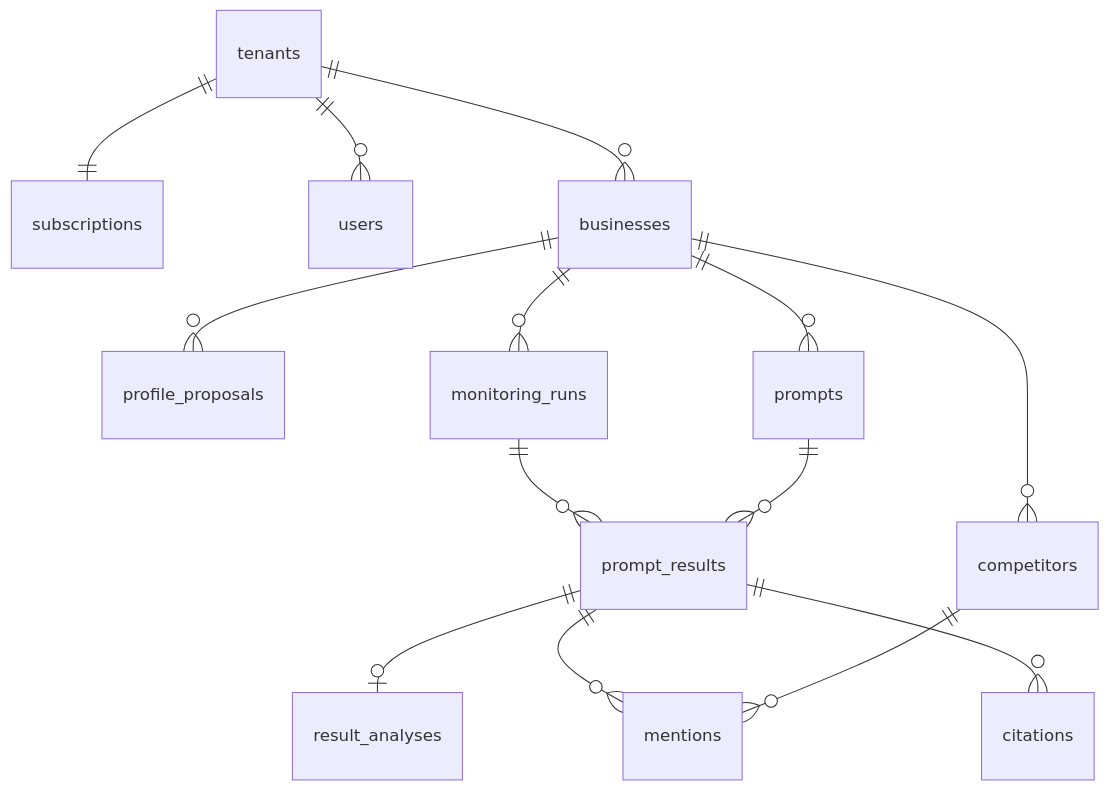
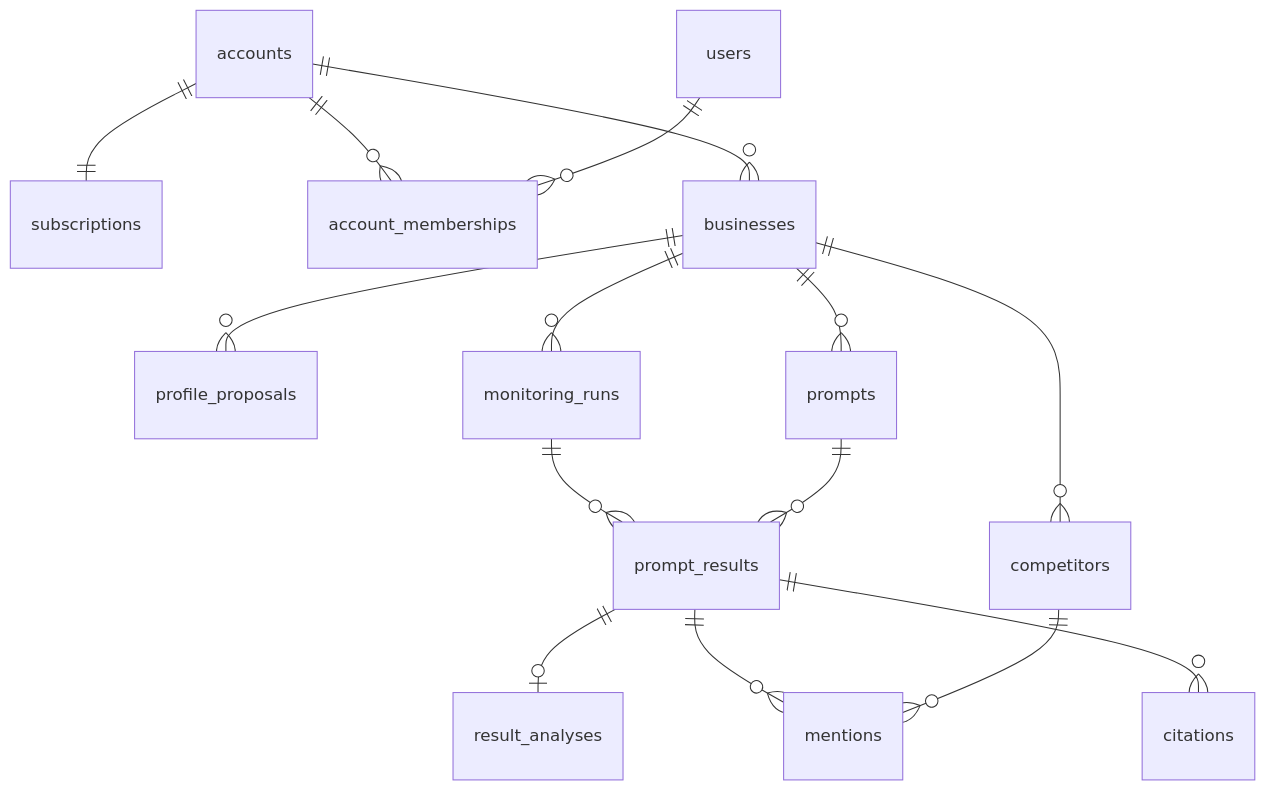
One commit to tanjoshua/opensight changed the diagram in docs/design/02-data-model.md. Above: the diagram before and after it, drawn with Mermaid. The commit also changed other lines of this file and 159 other files, not shown here.

````diff
--- a/docs/design/02-data-model.md
+++ b/docs/design/02-data-model.md
@@ -14,16 +14,17 @@
 ```mermaid
 erDiagram
-    tenants ||--|| subscriptions : ""
-    tenants ||--o{ users : ""
-    tenants ||--o{ businesses : ""
+    accounts ||--|| subscriptions : ""
+    accounts ||--o{ account_memberships : ""
+    users ||--o{ account_memberships : ""
+    accounts ||--o{ businesses : ""
     businesses ||--o{ profile_proposals : ""
     businesses ||--o{ prompts : ""
     businesses ||--o{ competitors : ""
     businesses ||--o{ monitoring_runs : ""
     monitoring_runs ||--o{ prompt_results : ""
     prompts ||--o{ prompt_results : ""
     prompt_results ||--o| result_analyses : ""
     prompt_results ||--o{ mentions : ""
     prompt_results ||--o{ citations : ""
     competitors ||--o{ mentions : ""
 ```
````
